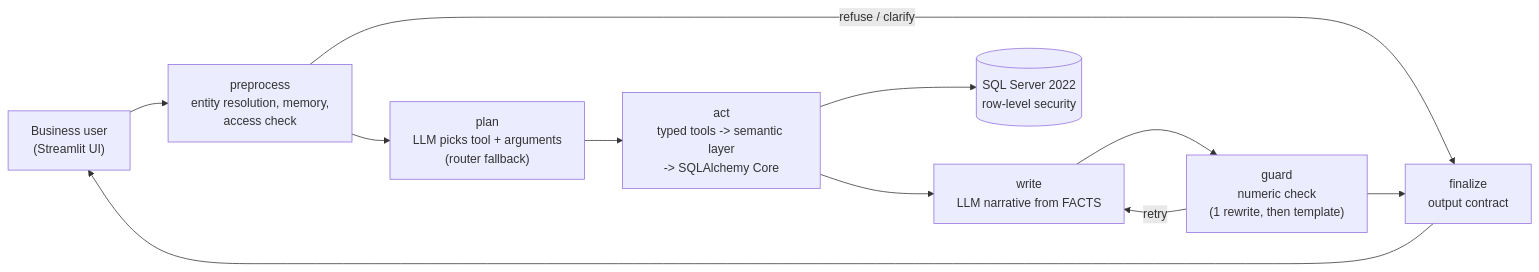
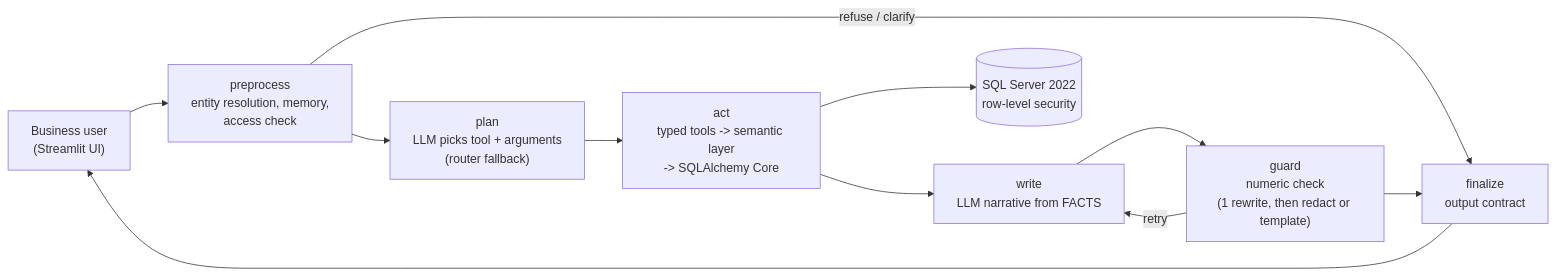
Before and after one commit to ankdeshm/rl-finbot: the first of 2 diagrams in docs/architecture.md, drawn with Mermaid. The commit also changed other lines of this file and 2 other files, not shown here.

````diff
--- a/docs/architecture.md
+++ b/docs/architecture.md
@@ -5,13 +5,13 @@
 ```mermaid
 flowchart LR
     U["Business user<br/>(Streamlit UI)"] --> P["preprocess<br/>entity resolution, memory,<br/>access check"]
     P -->|refuse / clarify| F["finalize<br/>output contract"]
     P --> PL["plan<br/>LLM picks tool + arguments<br/>(router fallback)"]
     PL --> A["act<br/>typed tools -> semantic layer<br/>-> SQLAlchemy Core"]
     A --> DB[("SQL Server 2022<br/>row-level security")]
     A --> W["write<br/>LLM narrative from FACTS"]
-    W --> G["guard<br/>numeric check<br/>(1 rewrite, then template)"]
+    W --> G["guard<br/>numeric check<br/>(1 rewrite, then redact or template)"]
     G -->|retry| W
     G --> F
     F --> U
 ```
````
